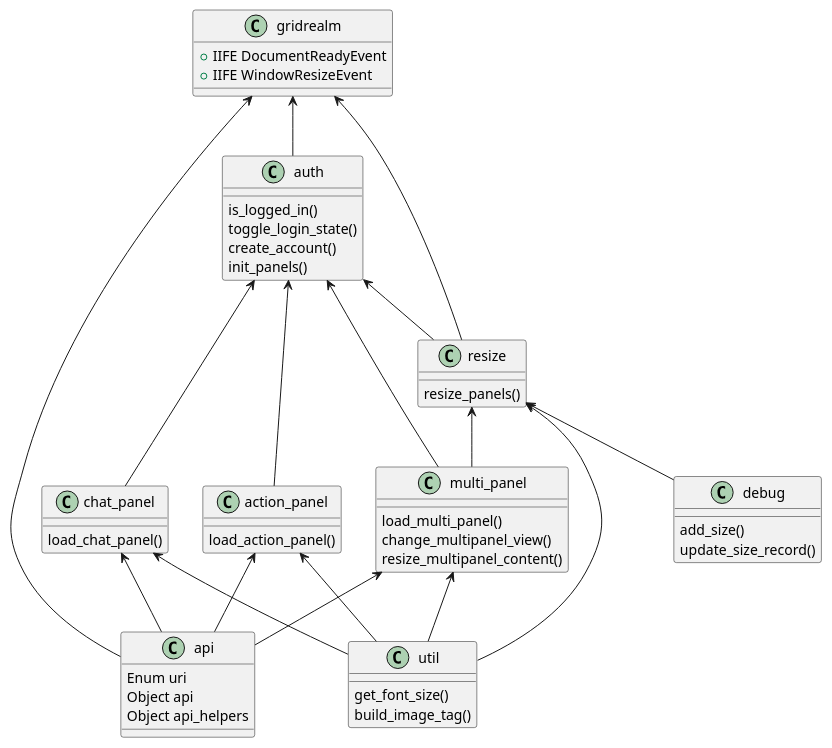
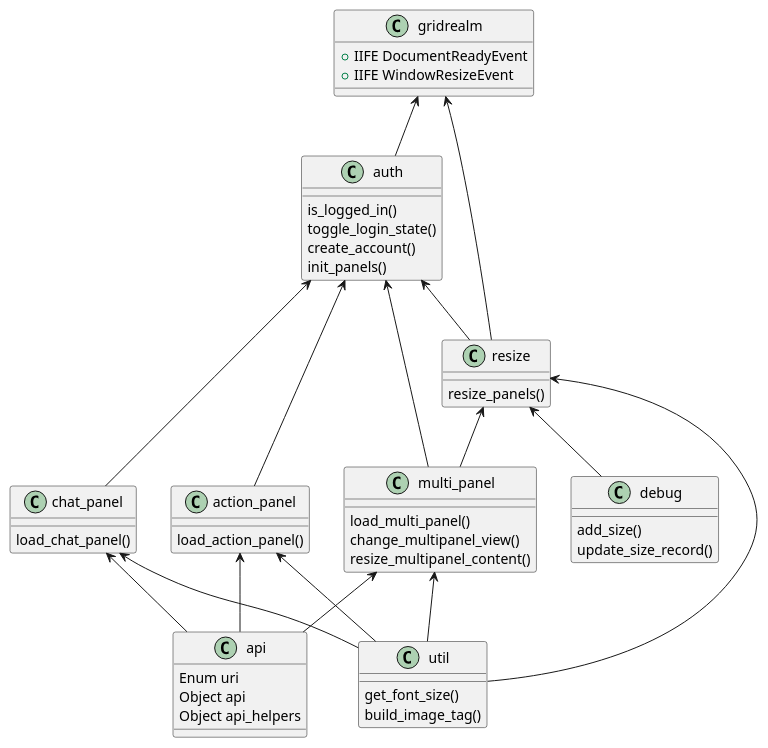
Before and after one commit to fretboardfreak/gridrealm: the diagram in src/docs/dev/client_js_structure.puml, drawn with PlantUML.

Commit message:
docs: client js structure uml, remove unused import

```diff
--- a/src/docs/dev/client_js_structure.puml
+++ b/src/docs/dev/client_js_structure.puml
@@ -1,68 +1,67 @@
 @startuml
 
 skinparam packageStyle rectangle
 
 class gridrealm {
   + IIFE DocumentReadyEvent
   + IIFE WindowResizeEvent
 }
 
 class auth {
   is_logged_in()
   toggle_login_state()
   create_account()
   init_panels()
 }
 
 class api {
   Enum uri
   Object api
   Object api_helpers
 }
 
 class util {
   get_font_size()
   build_image_tag()
 }
 
 class debug {
   add_size()
   update_size_record()
 }
 
 class chat_panel {
   load_chat_panel()
 }
 
 class action_panel {
   load_action_panel()
 }
 
 class multi_panel {
   load_multi_panel()
   change_multipanel_view()
   resize_multipanel_content()
 }
 
 class resize {
   resize_panels()
 }
 
 gridrealm <-- auth
-gridrealm <-- api
 gridrealm <-- resize
 auth <-- chat_panel
 auth <-- action_panel
 auth <-- multi_panel
 auth <-- resize
 resize <-- multi_panel
 resize <-- debug
 resize <-- util
 chat_panel <-- util
 chat_panel <-- api
 action_panel <-- util
 action_panel <-- api
 multi_panel <-- util
 multi_panel <-- api
 
 @enduml
```
